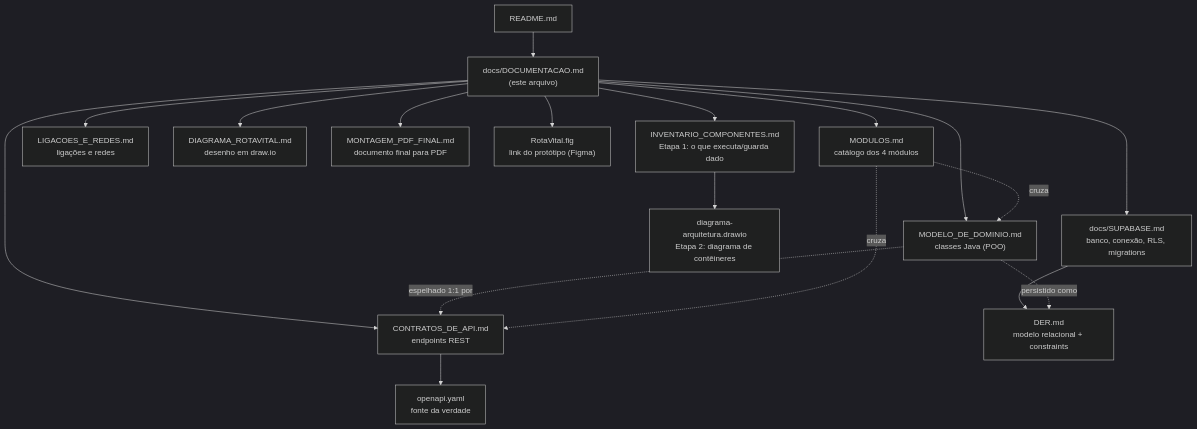
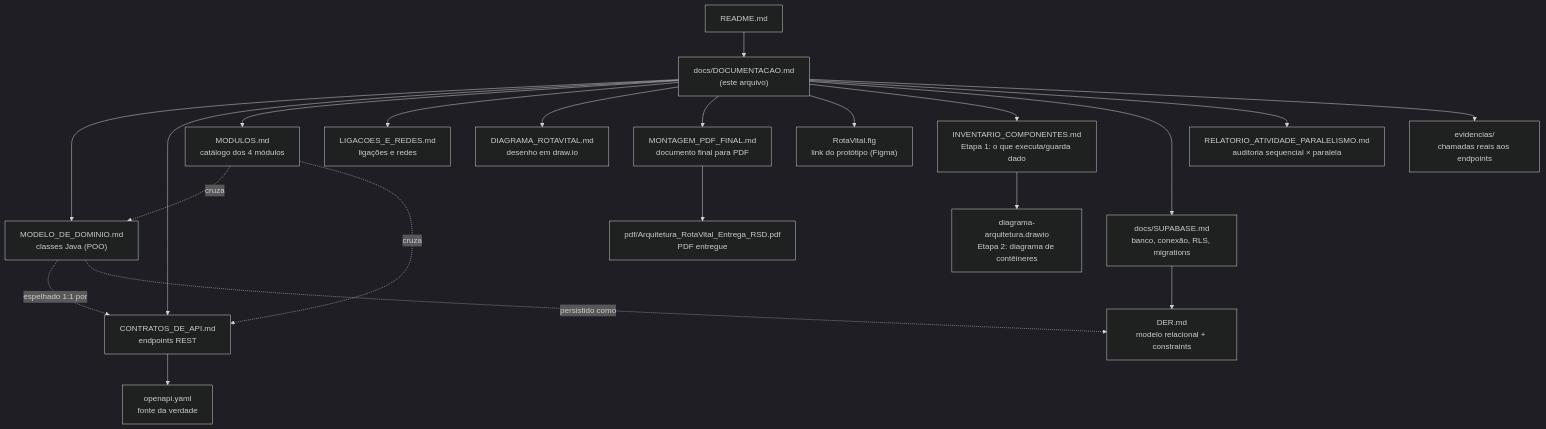
The diagram in docs/DOCUMENTACAO.md (viictorpaes/Rotavital), drawn with Mermaid (dark theme) before and after one commit. The commit also changed other lines of this file and 12 other files, not shown here.

````diff
--- a/docs/DOCUMENTACAO.md
+++ b/docs/DOCUMENTACAO.md
@@ -27,20 +36,23 @@
 ```mermaid
 flowchart TD
     R["README.md"] --> IDX["docs/DOCUMENTACAO.md<br/>(este arquivo)"]
     IDX --> DOM["MODELO_DE_DOMINIO.md<br/>classes Java (POO)"]
     IDX --> API["CONTRATOS_DE_API.md<br/>endpoints REST"]
     IDX --> MOD["MODULOS.md<br/>catálogo dos 4 módulos"]
     IDX --> NET["LIGACOES_E_REDES.md<br/>ligações e redes"]
     IDX --> DIA["DIAGRAMA_ROTAVITAL.md<br/>desenho em draw.io"]
     IDX --> PDF["MONTAGEM_PDF_FINAL.md<br/>documento final para PDF"]
     API --> SPEC["openapi.yaml<br/>fonte da verdade"]
     DOM -. "espelhado 1:1 por" .-> API
     MOD -. "cruza" .-> DOM
     MOD -. "cruza" .-> API
     IDX --> FIG["RotaVital.fig<br/>link do protótipo (Figma)"]
     IDX --> INV["INVENTARIO_COMPONENTES.md<br/>Etapa 1: o que executa/guarda dado"]
     INV --> DRAW["diagrama-arquitetura.drawio<br/>Etapa 2: diagrama de contêineres"]
     IDX --> SB["docs/SUPABASE.md<br/>banco, conexão, RLS, migrations"]
     SB --> DER["DER.md<br/>modelo relacional + constraints"]
     DOM -. "persistido como" .-> DER
+    IDX --> PAR["RELATORIO_ATIVIDADE_PARALELISMO.md<br/>auditoria sequencial × paralela"]
+    IDX --> EVD["evidencias/<br/>chamadas reais aos endpoints"]
+    PDF --> ENT["pdf/Arquitetura_RotaVital_Entrega_RSD.pdf<br/>PDF entregue"]
 ```
````
